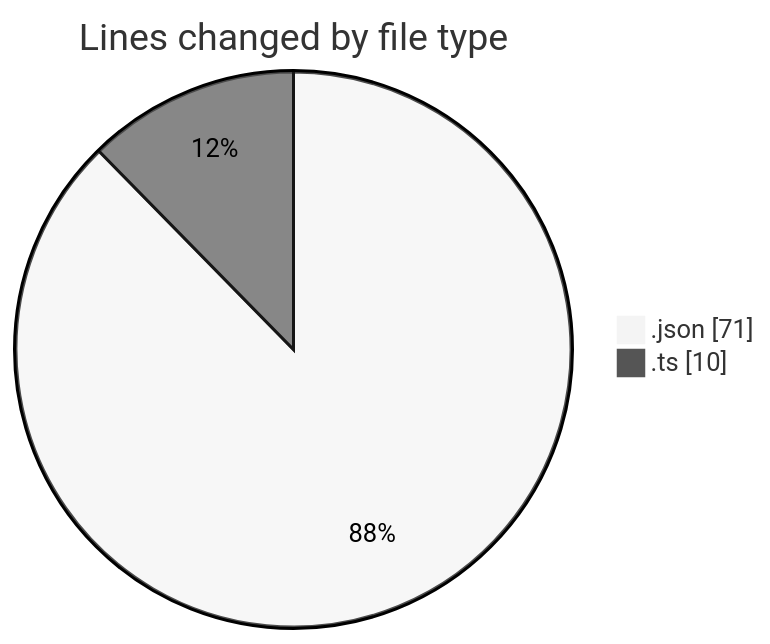
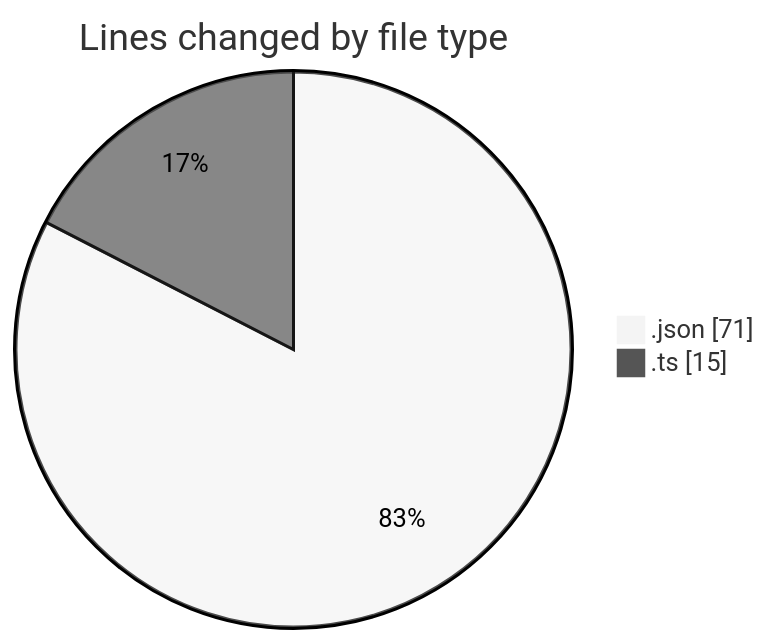
One commit to momahboobian/code-tracking changed the first of 2 diagrams in 2025-02-06/cda/README.md. Above: the diagram before and after it, drawn with Mermaid (neutral theme). The commit also changed other lines of this file and 1 other file, not shown here.

````diff
--- a/2025-02-06/cda/README.md
+++ b/2025-02-06/cda/README.md
@@ -21,6 +21,6 @@
 ```mermaid
 pie showData
 title Lines changed by file type
 ".json" : 71
-".ts" : 10
+".ts" : 15
 ```
````
